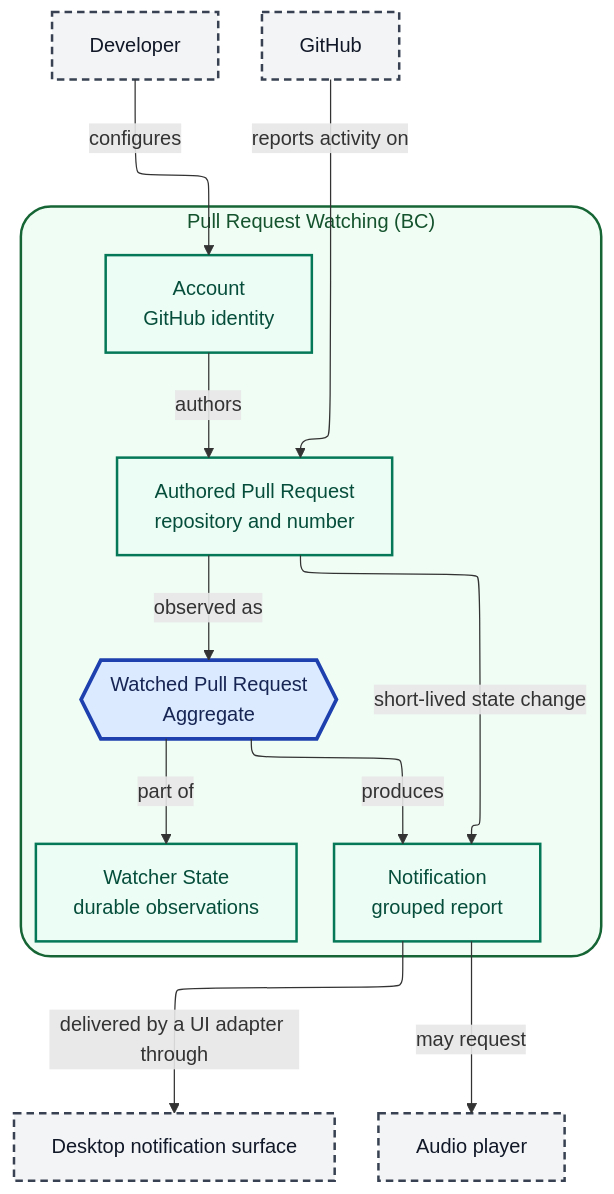
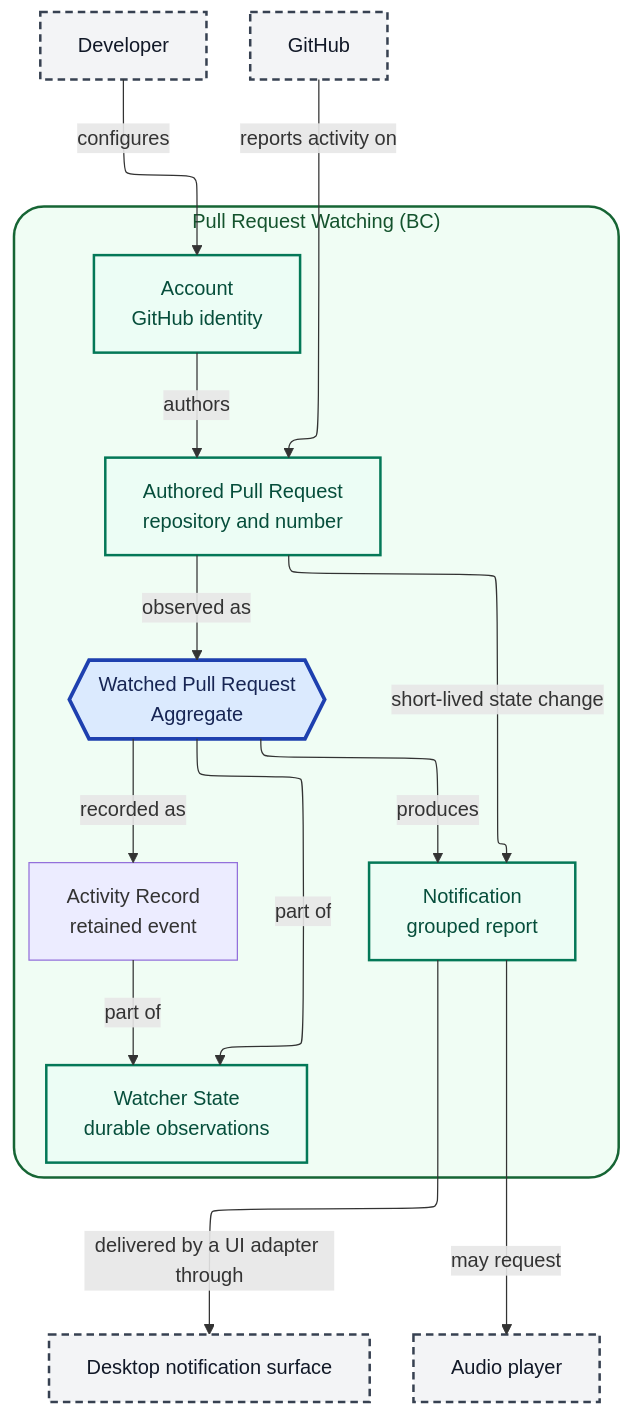
Before and after one commit to buster/passuff: the second of 2 diagrams in docs/domain-model.md, drawn with Mermaid. The commit also changed other lines of this file and 48 other files, not shown here.

````diff
--- a/docs/domain-model.md
+++ b/docs/domain-model.md
@@ -55,42 +58,45 @@
 ```mermaid
 ---
 config:
   layout: elk
   elk:
     mergeEdges: false
   flowchart:
     nodeSpacing: 45
     rankSpacing: 80
 ---
 flowchart TB
     subgraph context["Pull Request Watching (BC)"]
         account["Account<br/>GitHub identity"]
         authored["Authored Pull Request<br/>repository and number"]
         watched{{"Watched Pull Request<br/>Aggregate"}}
         state["Watcher State<br/>durable observations"]
+        activity["Activity Record<br/>retained event"]
         notification["Notification<br/>grouped report"]
     end
 
     developer["Developer"]
     github["GitHub"]
     desktop["Desktop notification surface"]
     audio["Audio player"]
 
     developer -->|configures| account
     account -->|authors| authored
     authored -->|observed as| watched
     watched -->|part of| state
+    watched -->|recorded as| activity
+    activity -->|part of| state
     watched -->|produces| notification
     authored -->|short-lived state change| notification
     github -->|reports activity on| authored
     notification -->|delivered by a UI adapter through| desktop
     notification -->|may request| audio
 
     classDef aggregateStyle fill:#dbeafe,stroke:#1e40af,stroke-width:3px,color:#172554;
     classDef externalStyle fill:#f3f4f6,stroke:#374151,stroke-width:2px,stroke-dasharray:6 4,color:#111827;
     classDef entityStyle fill:#ecfdf5,stroke:#047857,stroke-width:2px,color:#064e3b;
     class watched aggregateStyle;
     class account,authored,state,notification entityStyle;
     class developer,github,desktop,audio externalStyle;
     style context fill:#f0fdf4,stroke:#166534,stroke-width:2px,rx:24,ry:24,color:#14532d
 ```
````
